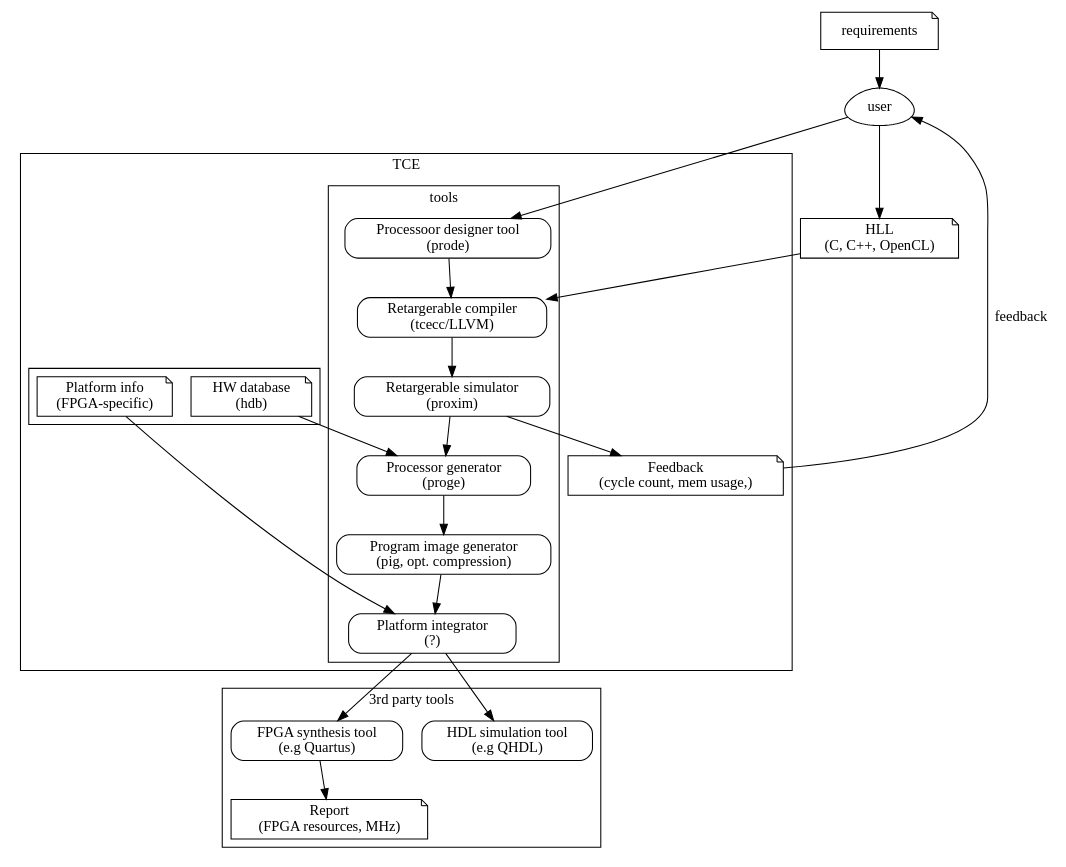
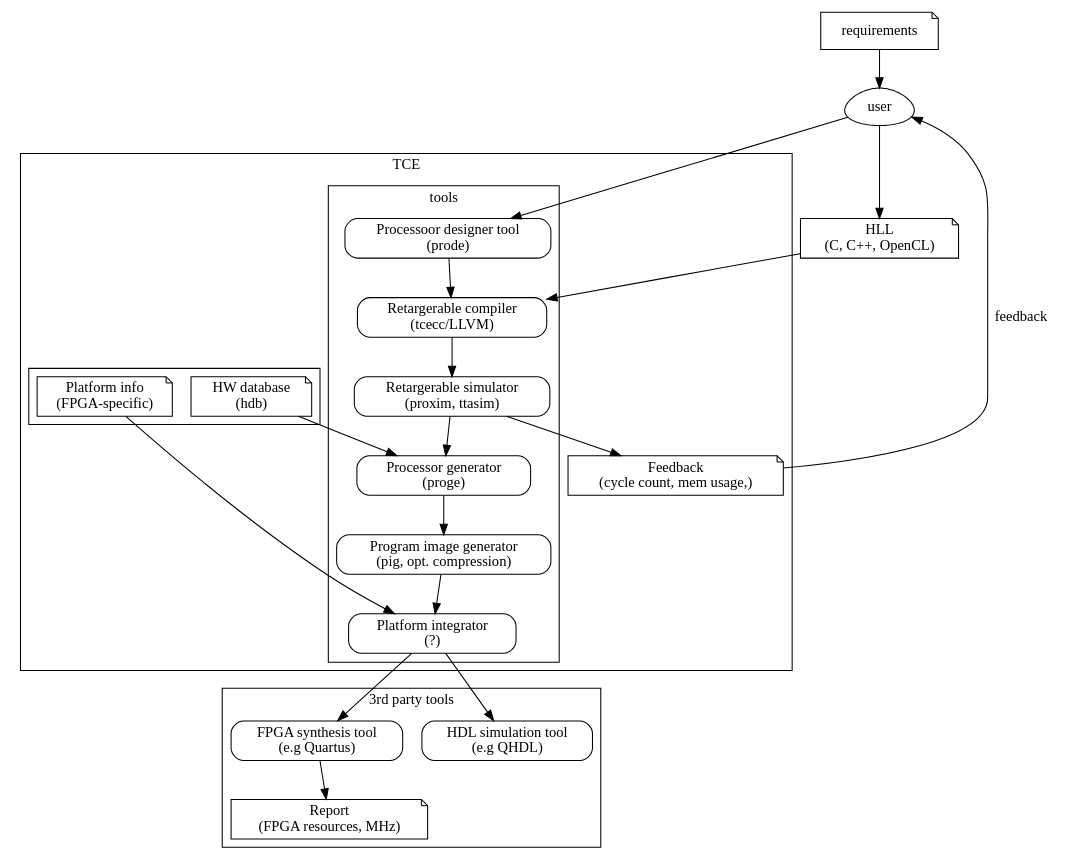
Before and after one commit to cpc/openasip: the diagram in tce/doc/man/TCE/epssrc/tce_flow.dot, drawn with Graphviz. The commit also changed 19 other files, not shown here.

```diff
--- a/tce/doc/man/TCE/epssrc/tce_flow.dot
+++ b/tce/doc/man/TCE/epssrc/tce_flow.dot
@@ -1,67 +1,67 @@
 //
 // Purpose: The main phases of TCE design flow
 // Author: Erno Salminen
 // Date: 14.12.2012
 // Usage: dot -Teps tce_flow.dot -o tce_flow.eps
 //        Flag -T defines the type and -o defines the output file name
 //
 //
 
 digraph "TCE flow" {
 
 	requirements[shape="note"] 
 	requirements -> user;
 	user [shape="egg"];
 	user -> prode;
 
 	ccode [shape="note", label="HLL \n (C, C++, OpenCL)"];
 	user -> ccode;
 	ccode -> tcecc;
 
 	subgraph clusterTCE{
 	label="TCE";
 	subgraph clusterA{
 	label ="tools";
 	tcecc  [shape="Mrecord", label="Retargerable compiler \n (tcecc/LLVM)"];
 	prode  [shape="Mrecord", label="Processoor designer tool \n (prode)"];
-	proxim [shape="Mrecord", label="Retargerable simulator \n (proxim)"];
+	proxim [shape="Mrecord", label="Retargerable simulator \n (proxim, ttasim)"];
 	proge  [shape="Mrecord", label="Processor generator \n (proge)"];
 	pig  [shape="Mrecord", label="Program image generator \n (pig, opt. compression)"];
 	pli  [shape="Mrecord", label="Platform integrator \n (?)"];
 	}
 
 	subgraph clusterB{
 	label ="";
 	hdb 	[shape="note", label="HW database \n (hdb)"];
 	plat 	[shape="note", label="Platform info \n (FPGA-specific)"];
 	}
 
 	report 	[shape="note", label="Feedback \n (cycle count, mem usage,)"];
 
 	prode -> tcecc;
 	tcecc -> proxim;
 	proxim -> proge;
 	proge -> pig;
 	proxim -> report;	
 	pig -> pli;
 	hdb -> proge;
 	plat -> pli;
 	
 	}
 
 
 	subgraph cluster3rd {
 	label="3rd party tools";
 	syn  [shape="Mrecord", label="FPGA synthesis tool \n (e.g Quartus)"];
 	sim  [shape="Mrecord", label="HDL simulation tool \n (e.g QHDL)"];
 	pli -> syn
 	pli -> sim;
 	qreport 	[shape="note", label="Report \n (FPGA resources, MHz)"];
 	syn -> qreport;
 	}
 
 
 	report -> user [label="feedback"];
 	//qreport -> user;
 
 }
```
